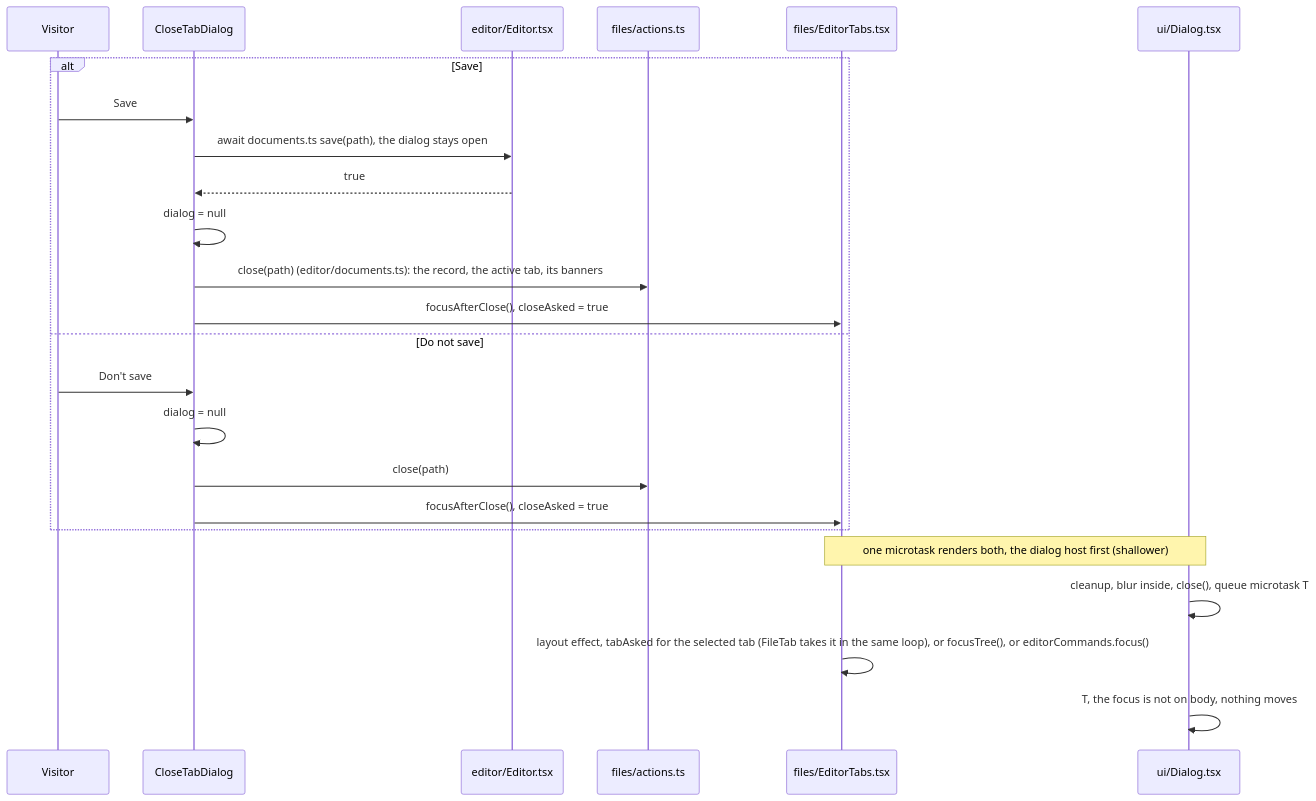
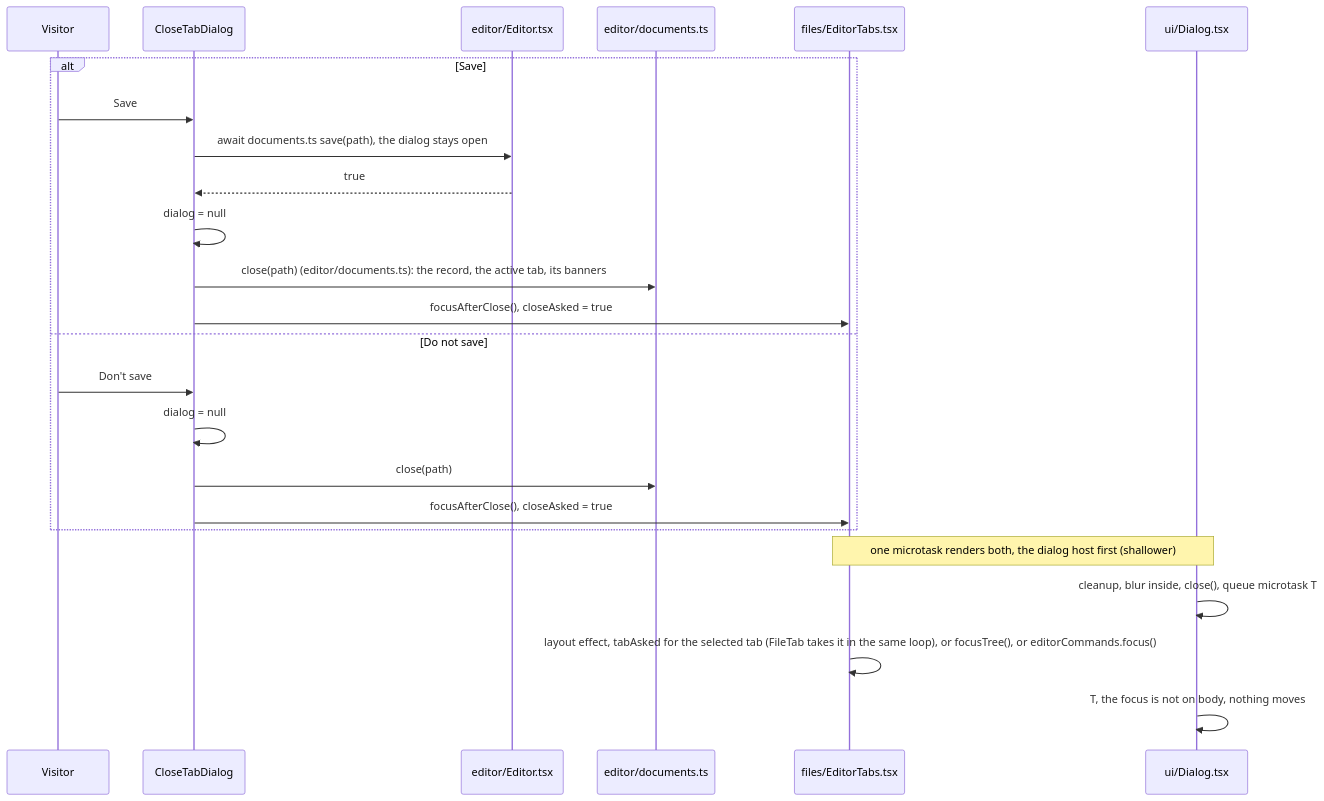
The fifth of 9 diagrams in docs/web-page-flows.md (jeffzyliu/dofile), drawn with Mermaid before and after one commit. The commit also changed other lines of this file and 17 other files, not shown here.

````diff
--- a/docs/web-page-flows.md
+++ b/docs/web-page-flows.md
@@ -241,26 +241,26 @@
 ```mermaid
 sequenceDiagram
   participant V as Visitor
   participant CT as CloseTabDialog
   participant Ed as editor/Editor.tsx
-  participant A as files/actions.ts
+  participant A as editor/documents.ts
   participant ET as files/EditorTabs.tsx
   participant D as ui/Dialog.tsx
   alt Save
     V->>CT: Save
     CT->>Ed: await documents.ts save(path), the dialog stays open
     Ed-->>CT: true
     CT->>CT: dialog = null
     CT->>A: close(path) (editor/documents.ts): the record, the active tab, its banners
     CT->>ET: focusAfterClose(), closeAsked = true
   else Do not save
     V->>CT: Don't save
     CT->>CT: dialog = null
     CT->>A: close(path)
     CT->>ET: focusAfterClose(), closeAsked = true
   end
   Note over D,ET: one microtask renders both, the dialog host first (shallower)
   D->>D: cleanup, blur inside, close(), queue microtask T
   ET->>ET: layout effect, tabAsked for the selected tab (FileTab takes it in the same loop), or focusTree(), or editorCommands.focus()
   D->>D: T, the focus is not on body, nothing moves
 ```
````
